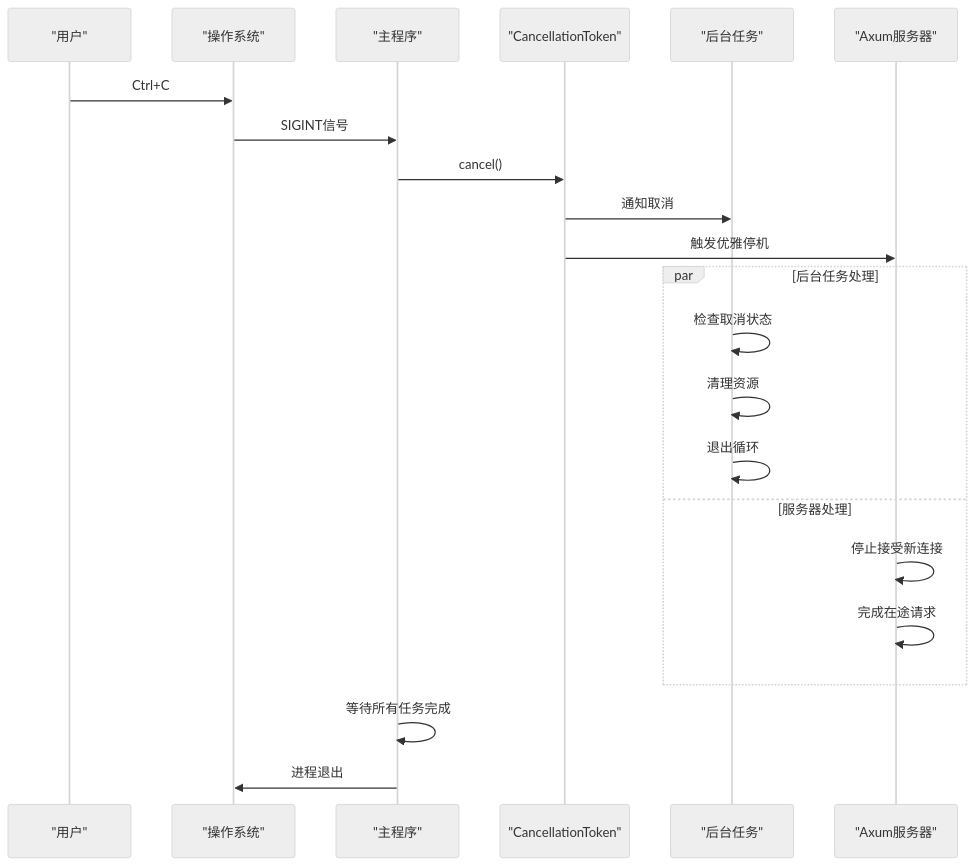
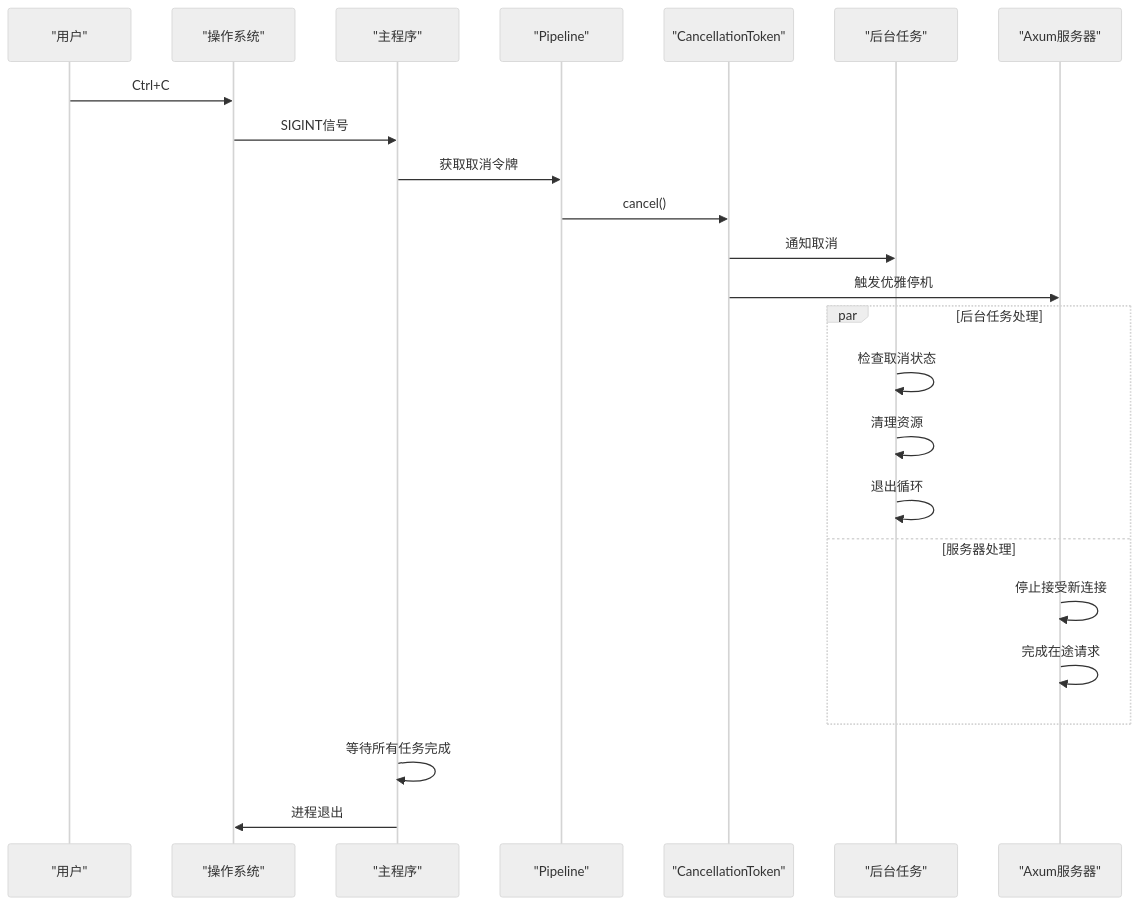
The second of 7 diagrams in .qoder/repowiki/zh/content/核心模块详解/优雅停机机制.md (leimu-hue/AI-Trend-Tool), drawn with Mermaid (neutral theme) before and after one commit. The commit also changed other lines of this file and 22 other files, not shown here.

````diff
--- a/.qoder/repowiki/zh/content/核心模块详解/优雅停机机制.md
+++ b/.qoder/repowiki/zh/content/核心模块详解/优雅停机机制.md
@@ -96,24 +116,26 @@
 ```mermaid
 sequenceDiagram
 participant User as "用户"
 participant OS as "操作系统"
 participant Main as "主程序"
+participant Pipeline as "Pipeline"
 participant Cancel as "CancellationToken"
 participant Tasks as "后台任务"
 participant Server as "Axum服务器"
 User->>OS : Ctrl+C
 OS->>Main : SIGINT信号
-Main->>Cancel : cancel()
+Main->>Pipeline : 获取取消令牌
+Pipeline->>Cancel : cancel()
 Cancel->>Tasks : 通知取消
 Cancel->>Server : 触发优雅停机
 par 后台任务处理
 Tasks->>Tasks : 检查取消状态
 Tasks->>Tasks : 清理资源
 Tasks->>Tasks : 退出循环
 and 服务器处理
 Server->>Server : 停止接受新连接
 Server->>Server : 完成在途请求
 end
 Main->>Main : 等待所有任务完成
 Main->>OS : 进程退出
 ```
````
